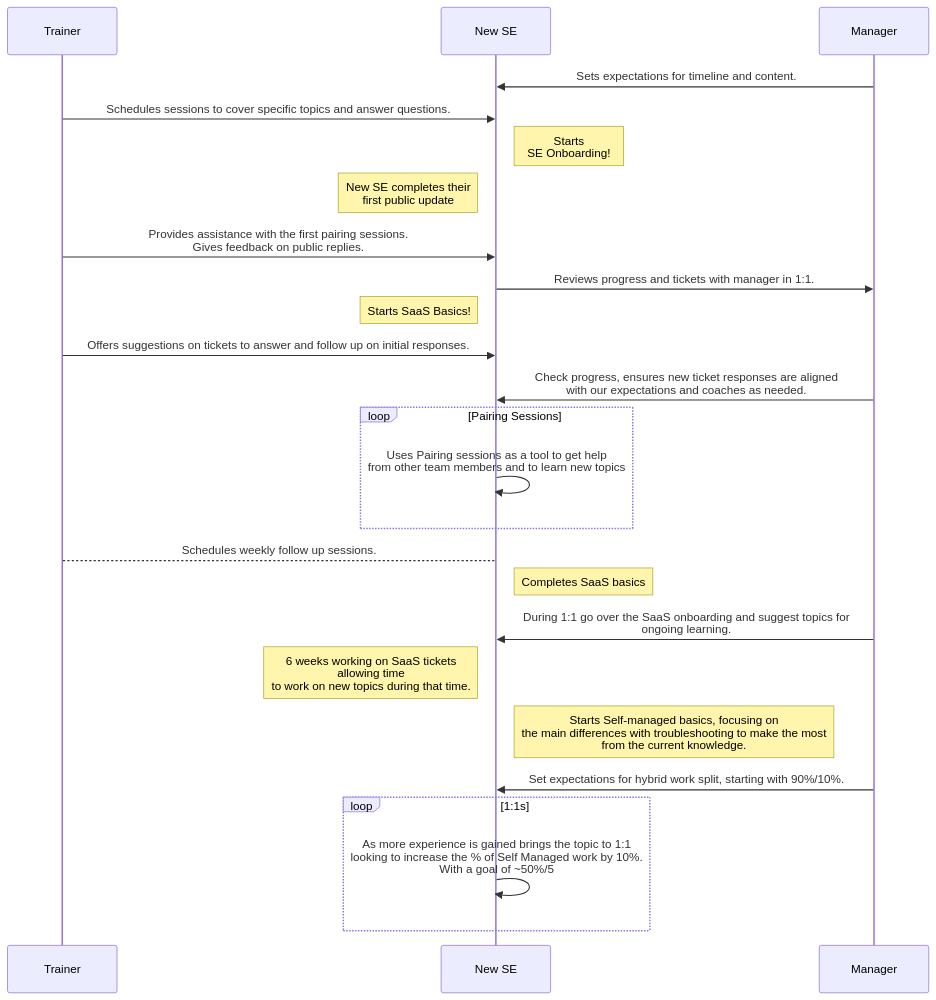
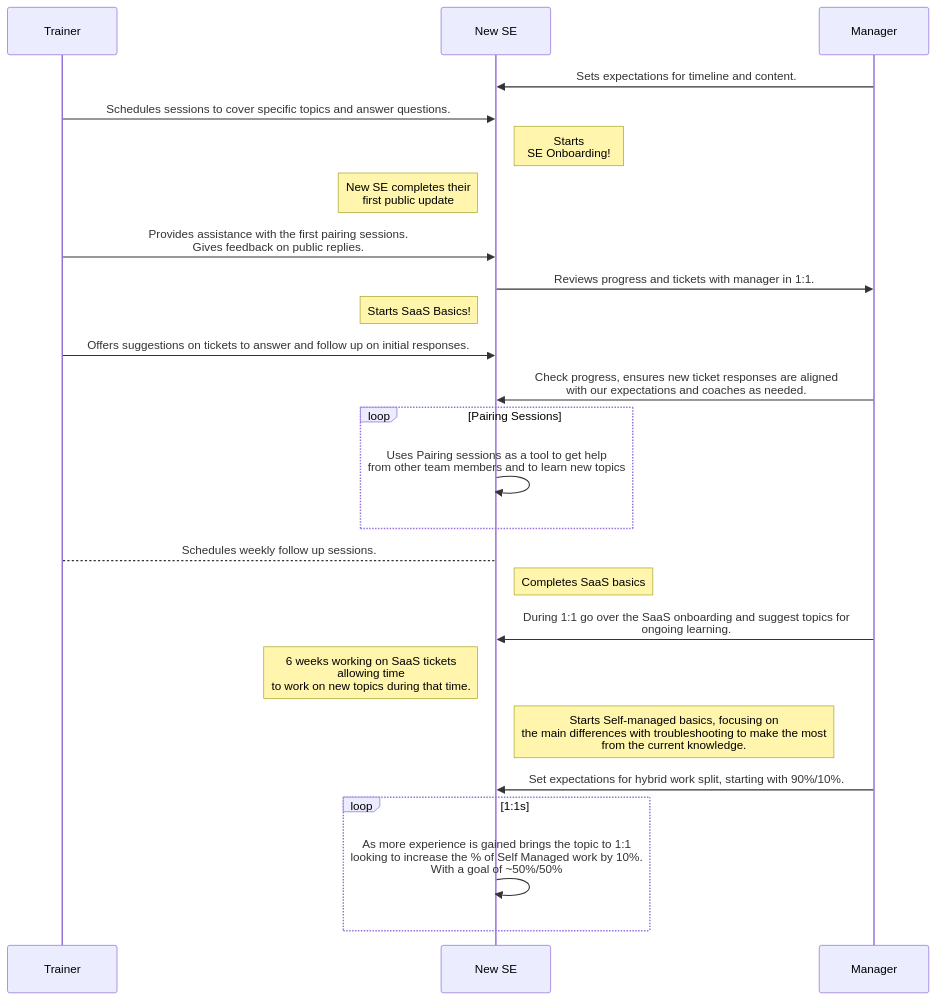
The diagram in sites/handbook/source/handbook/support/training/index.html.md (spicysoft/jp-www-gitlab-com), drawn with Mermaid before and after one commit. The commit also changed other lines of this file, not shown here.

Commit message:
Clarify intro to hybrid model and fix typo in mermaid diagram

````diff
--- a/sites/handbook/source/handbook/support/training/index.html.md
+++ b/sites/handbook/source/handbook/support/training/index.html.md
@@ -35,35 +35,35 @@
 ```mermaid
 sequenceDiagram
     participant Trainer
     participant New SE
     participant Manager
 
     Manager->>New SE: Sets expectations for timeline and content.
     Trainer->>New SE: Schedules sessions to cover specific topics and answer questions.
     Note right of New SE: Starts <br/>SE Onboarding!
     Note left of New SE: New SE completes their <br/>first public update
     Trainer->>New SE: Provides assistance with the first pairing sessions.<br/>Gives feedback on public replies.
     New SE->>Manager: Reviews progress and tickets with manager in 1:1.
     Note left of New SE: Starts SaaS Basics!
     Trainer->>New SE: Offers suggestions on tickets to answer and follow up on initial responses.
 
     Manager->>New SE: Check progress, ensures new ticket responses are aligned<br/> with our expectations and coaches as needed.
 
     loop Pairing Sessions
         New SE->>New SE: Uses Pairing sessions as a tool to get help<br/>from other team members and to learn new topics
     end
 
     Trainer-->New SE: Schedules weekly follow up sessions.
 
 
     Note right of New SE: Completes SaaS basics
     Manager->>New SE: During 1:1 go over the SaaS onboarding and suggest topics for<br/>ongoing learning.
     Note left of New SE: 6 weeks working on SaaS tickets<br/>allowing time<br/> to work on new topics during that time.
     Note right of New SE: Starts Self-managed basics, focusing on <br/> the main differences with troubleshooting to make the most <br/> from the current  knowledge.
 
     Manager->>New SE: Set expectations for hybrid work split, starting with 90%/10%.
 
     loop 1:1s
-        New SE->>New SE: As more experience is gained brings the topic to 1:1<br/>looking to increase the % of Self Managed work by 10%.<br/>With a goal of ~50%/5
+        New SE->>New SE: As more experience is gained brings the topic to 1:1<br/>looking to increase the % of Self Managed work by 10%.<br/>With a goal of ~50%/50%
     end
 ```
````
